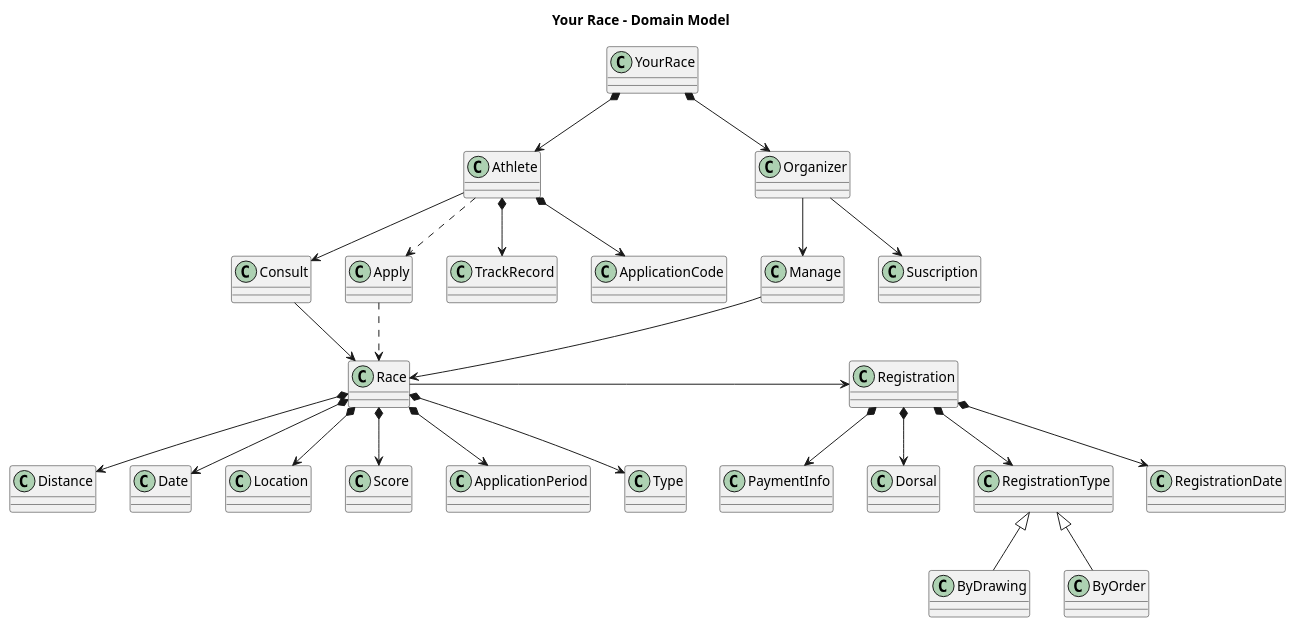
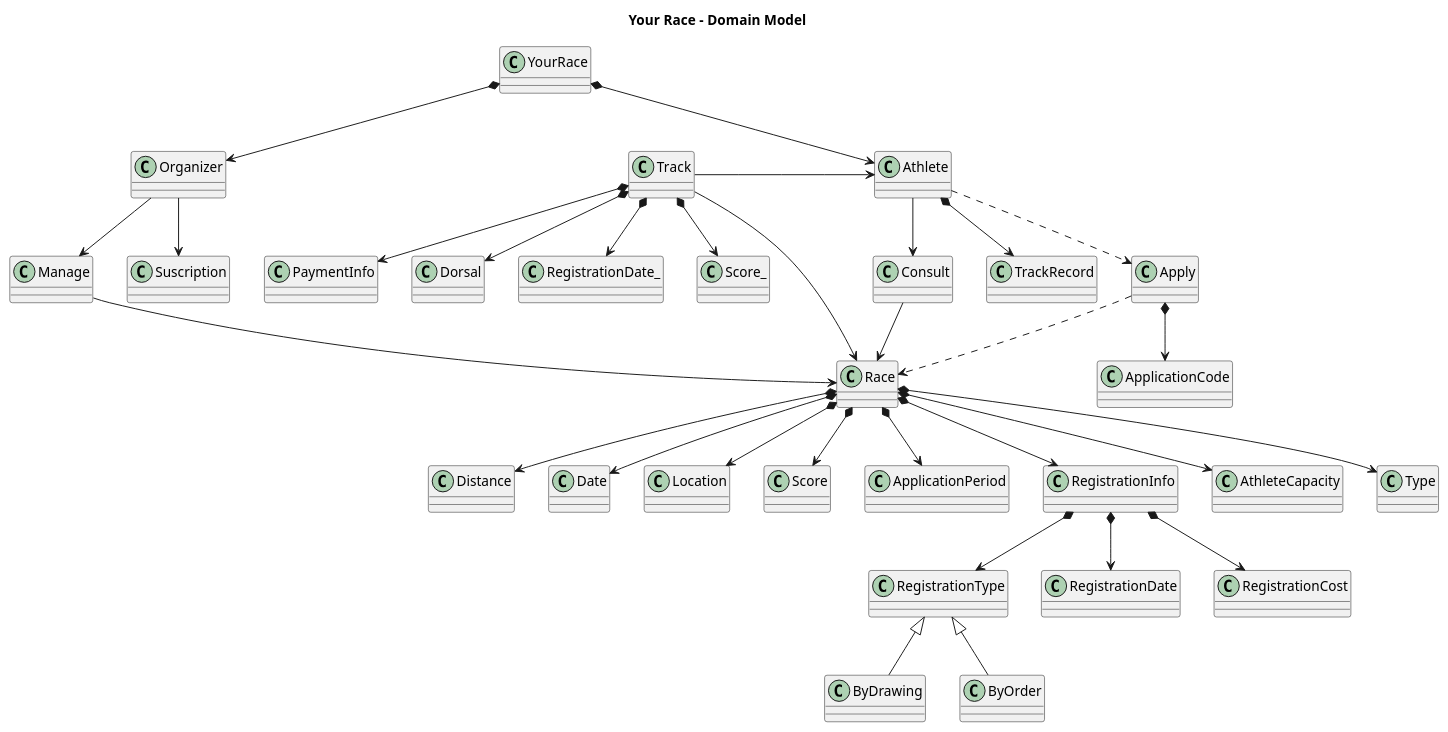
Before and after one commit to MasterCloudApps-Projects/your-race: the diagram in docs/plantuml/DomainModel.plantuml, drawn with PlantUML.

Commit message:
Actualización con RegistrationInfo, Track y ApplicationCode

```diff
--- a/docs/plantuml/DomainModel.plantuml
+++ b/docs/plantuml/DomainModel.plantuml
@@ -1,61 +1,70 @@
 @startuml
 title Your Race - Domain Model
 
 class YourRace
 class Athlete
 class Organizer
 class Race
-class Registration
+class Track
 class Distance
 class Date
 class Location
 class Consult
 class Manage
 class Apply
 class Score
 class PaymentInfo
 class Dorsal
 class ApplicationPeriod
 class TrackRecord
 class Suscription
+class RegistrationInfo
 
 YourRace *--> Athlete
 YourRace *--> Organizer
 
 Organizer --> Manage
 
 Athlete ..> Apply
 Athlete --> Consult
 Athlete *--> TrackRecord
 
-Athlete *--> ApplicationCode
+Apply *--> ApplicationCode
 
 Apply ..> Race
 
 Consult --> Race
 
 Manage --> Race
 
 
 Race *--> Distance
+Race *--> AthleteCapacity
 Race *--> Date
 Race *--> Location
 Race *--> Score
 Race *--> Type
 Race *--> ApplicationPeriod
+Race *--> RegistrationInfo
 
 
-Registration <-left- Race 
-Registration *--> PaymentInfo
-Registration *--> Dorsal
-Registration *--> RegistrationType
-Registration *--> RegistrationDate
+
+Track -right-> Race 
+Track -right-> Athlete 
+Track *--> RegistrationDate_
+Track *--> Dorsal
+Track *--> PaymentInfo
+Track *--> Score_
+
+RegistrationInfo *--> RegistrationType
+RegistrationInfo *--> RegistrationDate
+RegistrationInfo *--> RegistrationCost
 
 RegistrationType <|-- ByDrawing
 RegistrationType <|-- ByOrder
 
 
 Organizer --> Suscription
 
 
 @enduml
```
